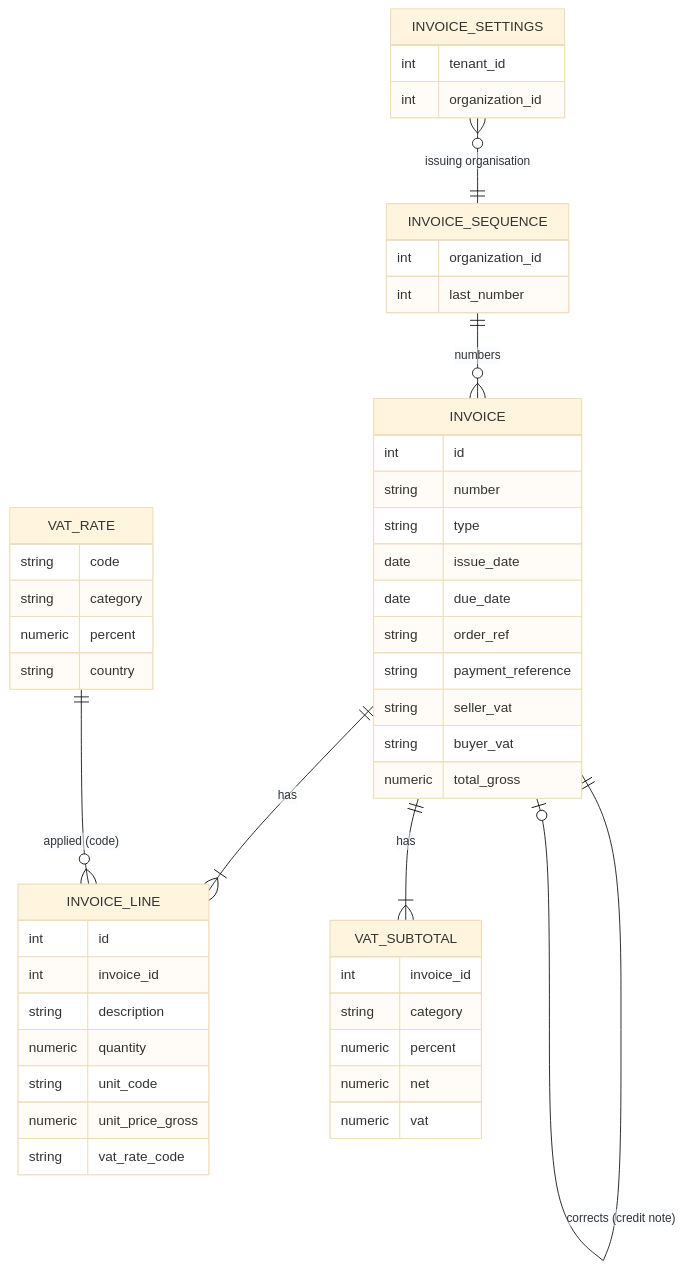
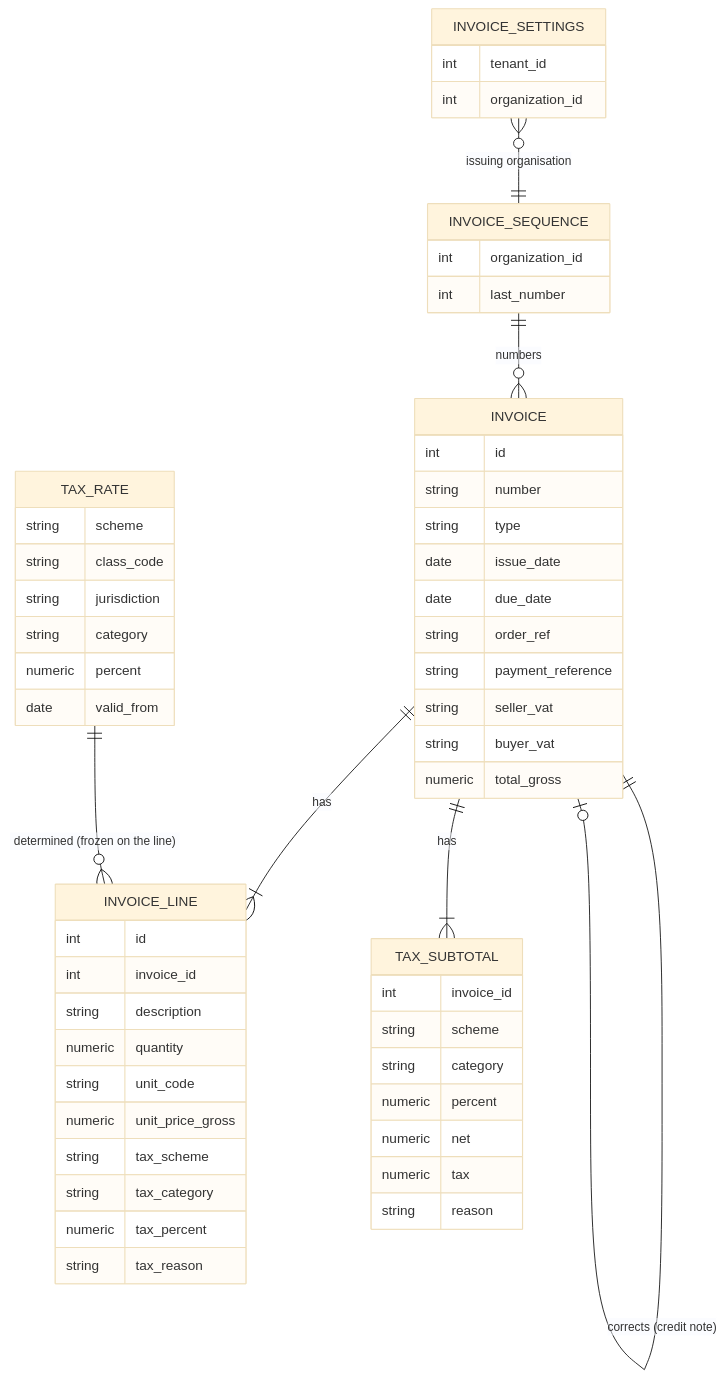
The fifth of 5 diagrams in docs/change_request_34_invoices.md (KoenRenders/KoenTest), drawn with Mermaid (base theme) before and after one commit. The commit also changed other lines of this file, not shown here.

First line of the commit message:
docs(cr-34): tax is a module of its own — classes, rates and the one rule that picks the rate

````diff
--- a/docs/change_request_34_invoices.md
+++ b/docs/change_request_34_invoices.md
@@ -309,15 +315,15 @@
 ```mermaid
 erDiagram
   INVOICE ||--|{ INVOICE_LINE : has
-  INVOICE ||--|{ VAT_SUBTOTAL : has
+  INVOICE ||--|{ TAX_SUBTOTAL : has
   INVOICE ||--o| INVOICE : "corrects (credit note)"
   INVOICE_SEQUENCE ||--o{ INVOICE : numbers
-  VAT_RATE ||--o{ INVOICE_LINE : "applied (code)"
+  TAX_RATE ||--o{ INVOICE_LINE : "determined (frozen on the line)"
   INVOICE_SETTINGS }o--|| INVOICE_SEQUENCE : "issuing organisation"
   INVOICE { int id string number string type date issue_date date due_date string order_ref string payment_reference string seller_vat string buyer_vat numeric total_gross }
-  INVOICE_LINE { int id int invoice_id string description numeric quantity string unit_code numeric unit_price_gross string vat_rate_code }
-  VAT_SUBTOTAL { int invoice_id string category numeric percent numeric net numeric vat }
+  INVOICE_LINE { int id int invoice_id string description numeric quantity string unit_code numeric unit_price_gross string tax_scheme string tax_category numeric tax_percent string tax_reason }
+  TAX_SUBTOTAL { int invoice_id string scheme string category numeric percent numeric net numeric tax string reason }
   INVOICE_SEQUENCE { int organization_id int last_number }
-  VAT_RATE { string code string category numeric percent string country }
+  TAX_RATE { string scheme string class_code string jurisdiction string category numeric percent date valid_from }
   INVOICE_SETTINGS { int tenant_id int organization_id }
 ```
````
